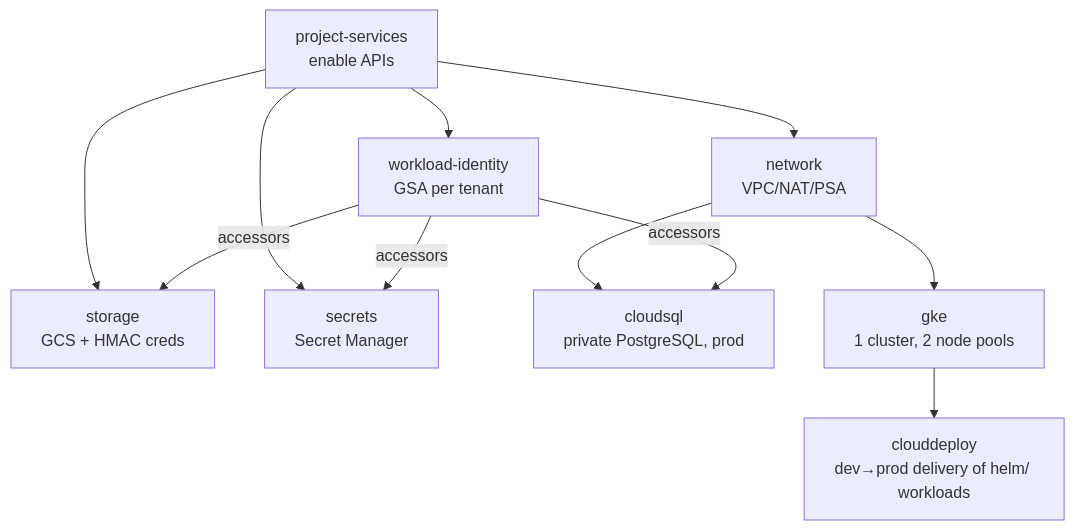
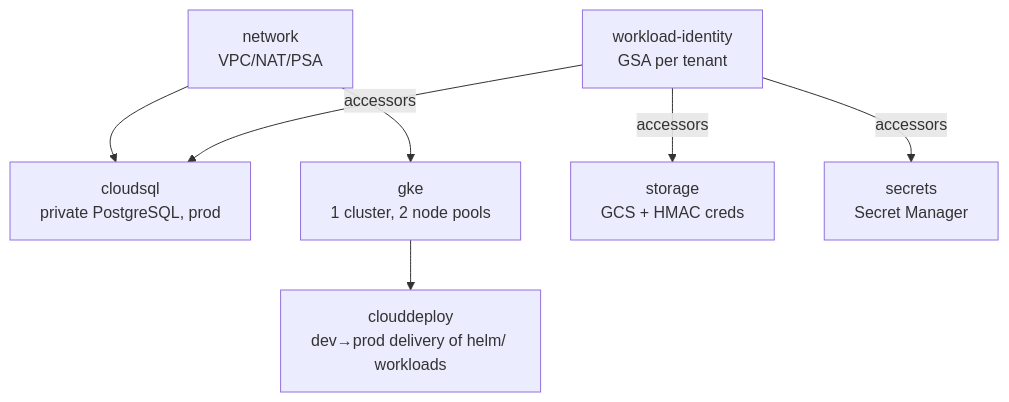
One commit to pilprod/yourown-chat changed the first of 2 diagrams in README.md. Above: the diagram before and after it, drawn with Mermaid. The commit also changed other lines of this file and 28 other files, not shown here.

````diff
--- a/README.md
+++ b/README.md
@@ -106,13 +106,12 @@
 ```mermaid
 graph TD
-  PS[project-services<br/>enable APIs] --> NET[network<br/>VPC/NAT/PSA]
-  PS --> STO[storage<br/>GCS + HMAC creds]
-  PS --> WI[workload-identity<br/>GSA per tenant]
-  PS --> SEC[secrets<br/>Secret Manager]
-  NET --> SQL[cloudsql<br/>private PostgreSQL, prod]
+  NET[network<br/>VPC/NAT/PSA] --> SQL[cloudsql<br/>private PostgreSQL, prod]
   NET --> GKE[gke<br/>1 cluster, 2 node pools]
+  STO[storage<br/>GCS + HMAC creds]
+  WI[workload-identity<br/>GSA per tenant]
+  SEC[secrets<br/>Secret Manager]
   WI -->|accessors| SQL
   WI -->|accessors| STO
   WI -->|accessors| SEC
   GKE --> CD[clouddeploy<br/>dev→prod delivery of helm/ workloads]
 ```
````
